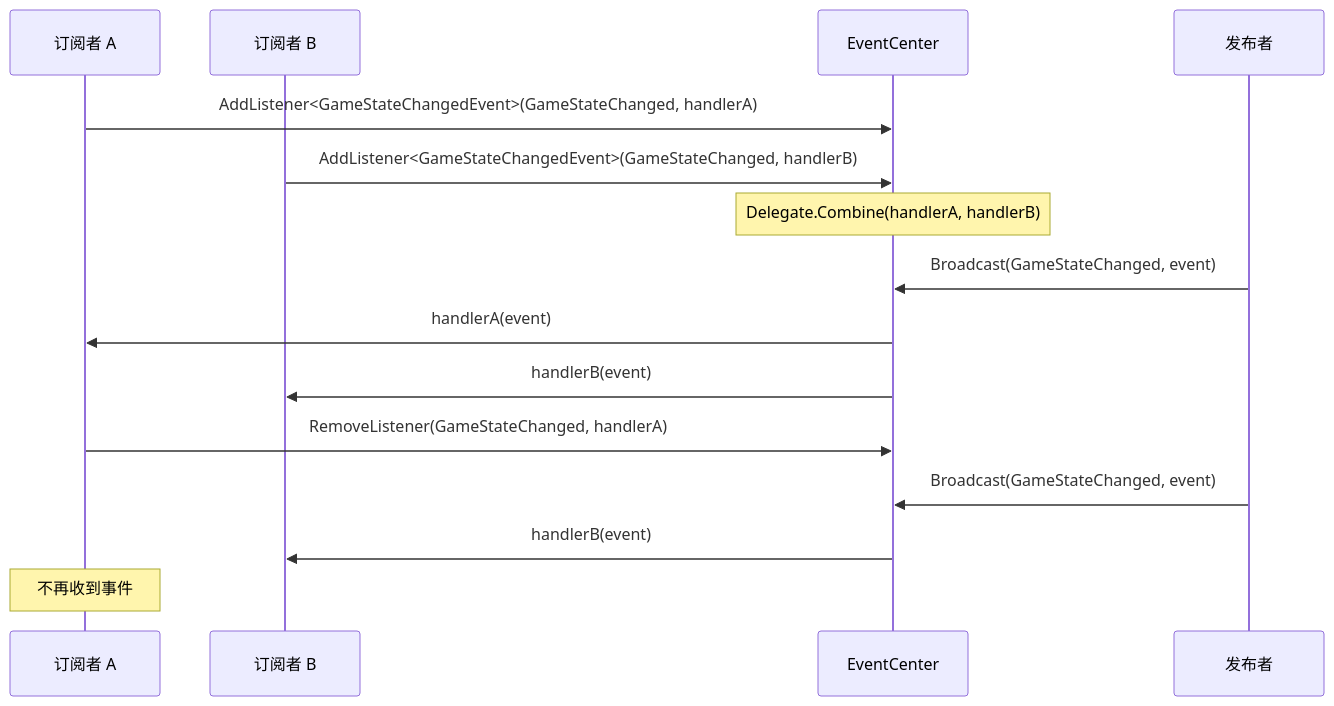
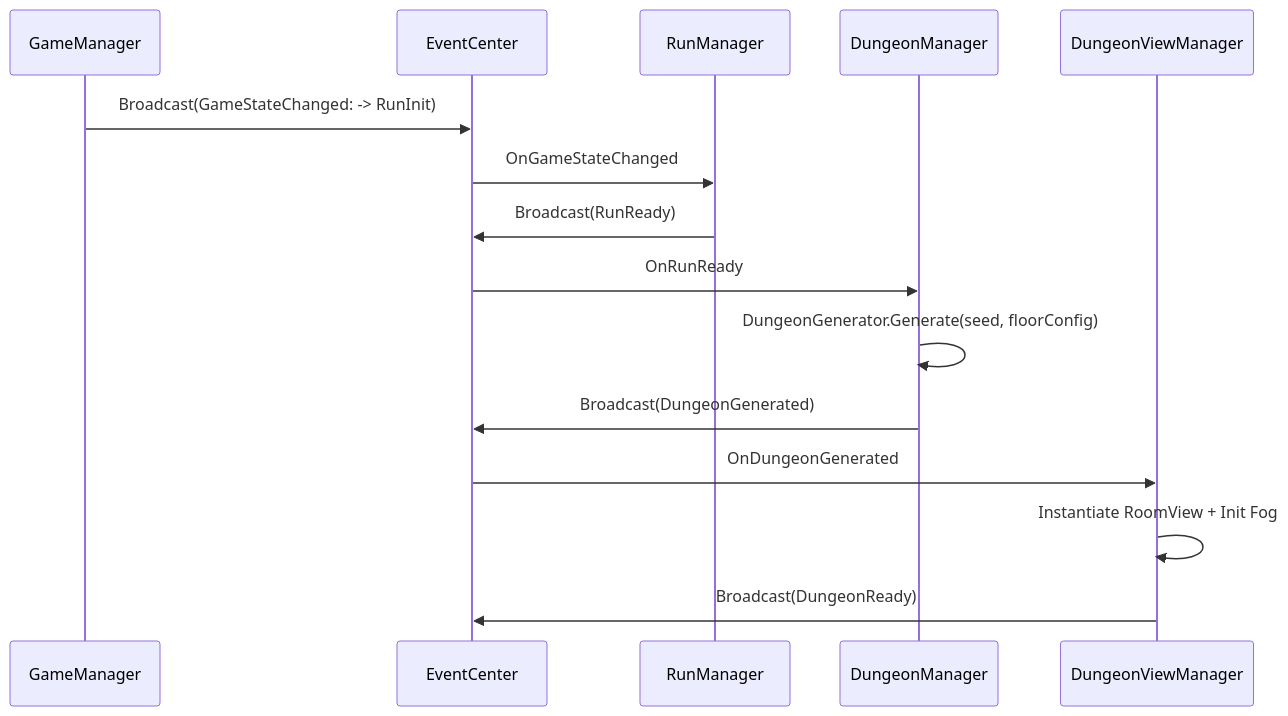
The second of 4 diagrams in README.md (PatrickStar091514/2D-Rougulike-Dungeon), drawn with Mermaid before and after one commit. The commit also changed other lines of this file and 88 other files, not shown here.

First line of the commit message:
feat: 完成地牢视图层与门转场链路接入并重写项目 README

````diff
--- a/README.md
+++ b/README.md
@@ -262,20 +209,18 @@
 ```mermaid
 sequenceDiagram
-    participant A as 订阅者 A
-    participant B as 订阅者 B
+    participant GM as GameManager
     participant EC as EventCenter
-    participant Pub as 发布者
+    participant RM as RunManager
+    participant DM as DungeonManager
+    participant DVM as DungeonViewManager
 
-    A->>EC: AddListener<GameStateChangedEvent>(GameStateChanged, handlerA)
-    B->>EC: AddListener<GameStateChangedEvent>(GameStateChanged, handlerB)
-    Note over EC: Delegate.Combine(handlerA, handlerB)
-
-    Pub->>EC: Broadcast(GameStateChanged, event)
-    EC->>A: handlerA(event)
-    EC->>B: handlerB(event)
-
-    A->>EC: RemoveListener(GameStateChanged, handlerA)
-    Pub->>EC: Broadcast(GameStateChanged, event)
-    EC->>B: handlerB(event)
-    Note over A: 不再收到事件
+    GM->>EC: Broadcast(GameStateChanged: -> RunInit)
+    EC->>RM: OnGameStateChanged
+    RM->>EC: Broadcast(RunReady)
+    EC->>DM: OnRunReady
+    DM->>DM: DungeonGenerator.Generate(seed, floorConfig)
+    DM->>EC: Broadcast(DungeonGenerated)
+    EC->>DVM: OnDungeonGenerated
+    DVM->>DVM: Instantiate RoomView + Init Fog
+    DVM->>EC: Broadcast(DungeonReady)
 ```
````
